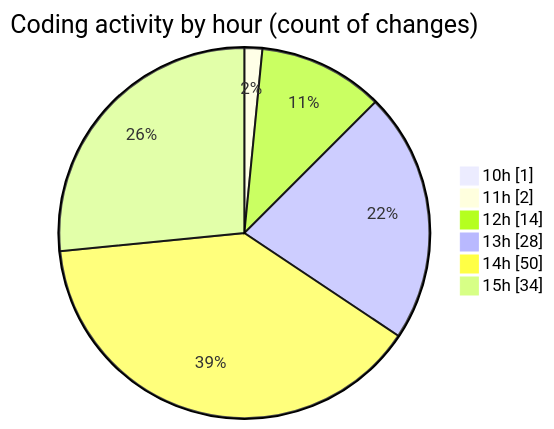
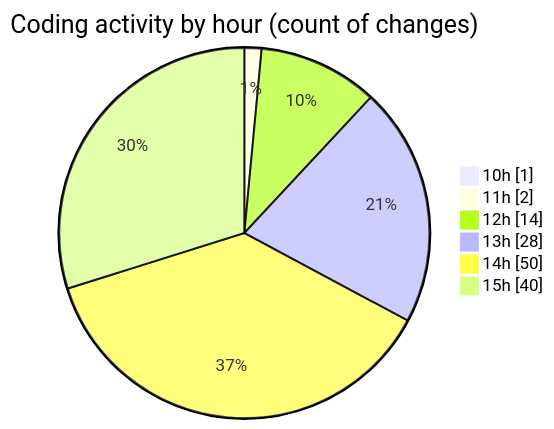
The second of 2 diagrams in 2026-11-02/cda/README.md (momahboobian/code-tracking), drawn with Mermaid before and after one commit. The commit also changed other lines of this file and 1 other file, not shown here.

````diff
--- a/2026-11-02/cda/README.md
+++ b/2026-11-02/cda/README.md
@@ -66,10 +66,10 @@
 ```mermaid
 pie showData
 title Coding activity by hour (count of changes)
 "10h" : 1
 "11h" : 2
 "12h" : 14
 "13h" : 28
 "14h" : 50
-"15h" : 34
+"15h" : 40
 ```
````
